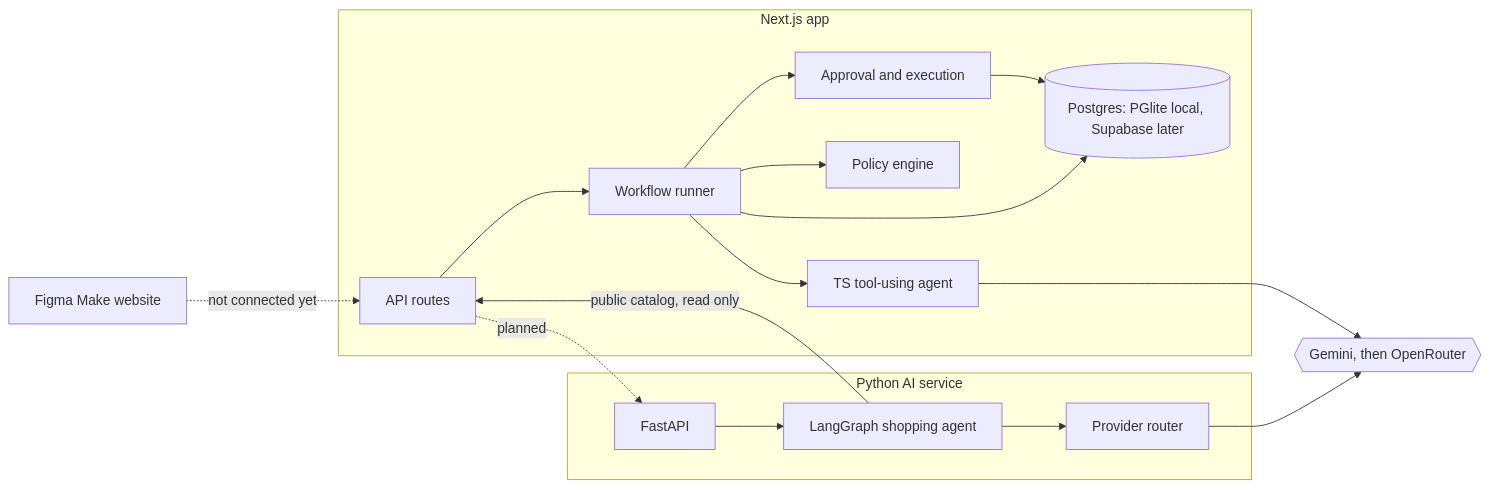
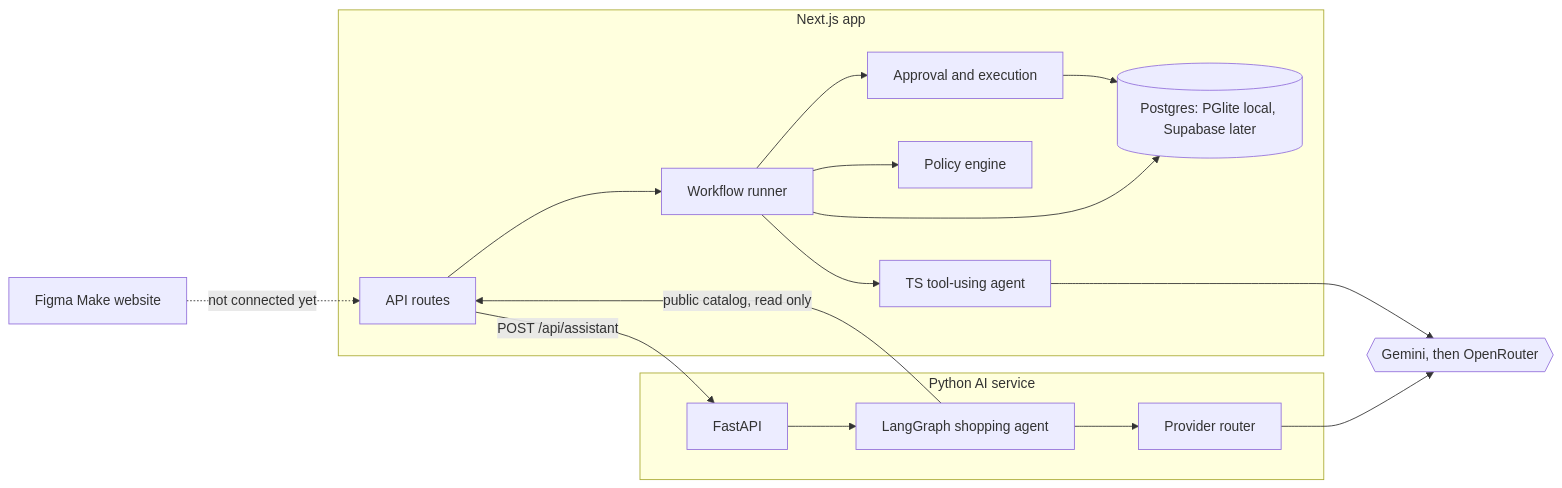
One commit to rezlee71017/commercial-operations-ai changed the diagram in README.md. Above: the diagram before and after it, drawn with Mermaid. The commit also changed other lines of this file and 8 other files, not shown here.

First line of the commit message:
feat(api): POST /api/assistant bridging web app to the Python AI service (rate limited, token protected)

````diff
--- a/README.md
+++ b/README.md
@@ -37,20 +38,20 @@
 ```mermaid
 flowchart LR
   UI[Figma Make website] -.->|not connected yet| API
   subgraph Web[Next.js app]
     API[API routes] --> RUN[Workflow runner]
     RUN --> AGENT[TS tool-using agent]
     RUN --> POLICY[Policy engine]
     RUN --> EXEC[Approval and execution]
     EXEC --> DB[(Postgres: PGlite local, Supabase later)]
     RUN --> DB
   end
   AGENT --> PROV{{Gemini, then OpenRouter}}
   subgraph Py[Python AI service]
     FAPI[FastAPI] --> LG[LangGraph shopping agent]
     LG --> PR[Provider router]
   end
   LG -->|public catalog, read only| API
   PR --> PROV
-  API -.->|planned| FAPI
+  API -->|POST /api/assistant| FAPI
 ```
````
